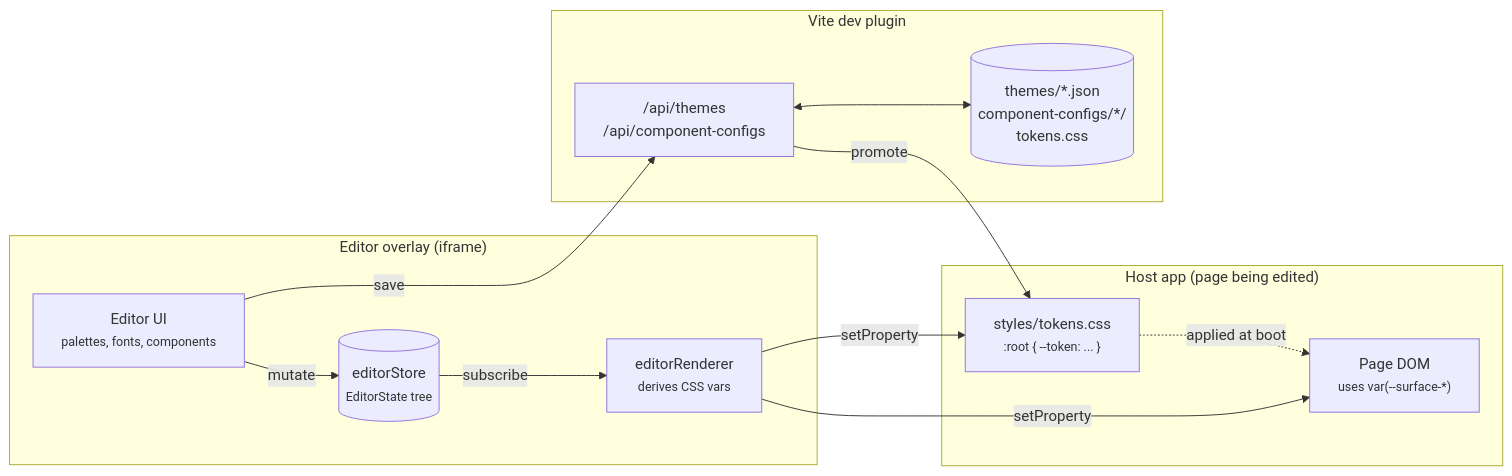
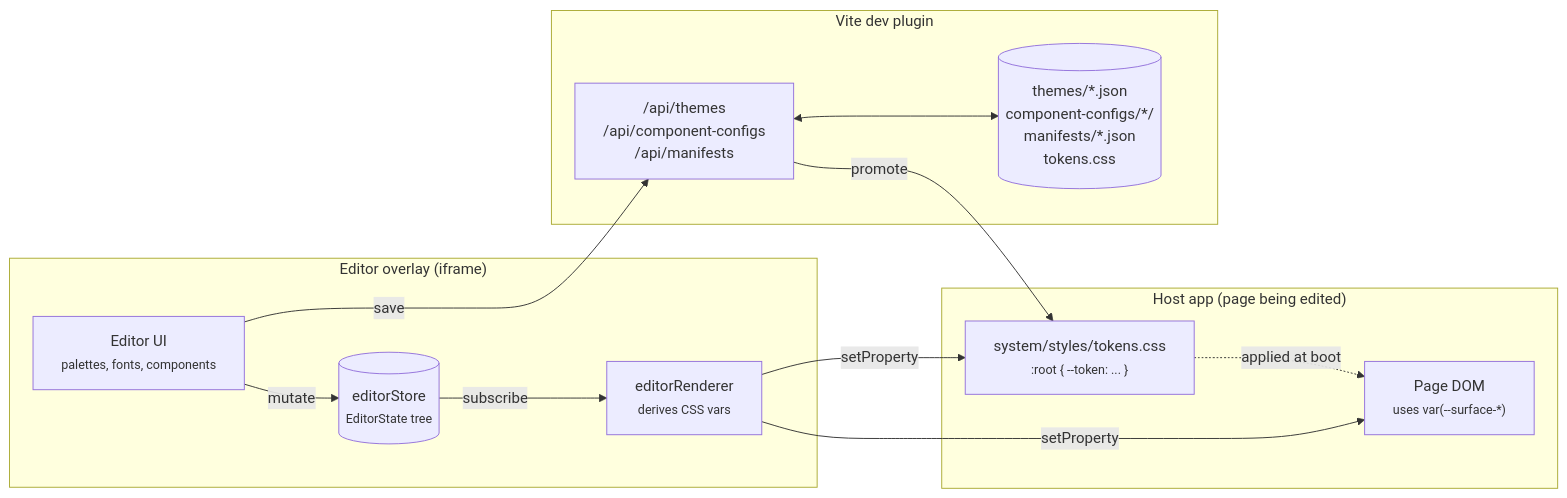
The diagram in docs/01-overview.md (motionproto/live-tokens), drawn with Mermaid before and after one commit. The commit also changed other lines of this file and 11 other files, not shown here.

````diff
--- a/docs/01-overview.md
+++ b/docs/01-overview.md
@@ -59,28 +60,28 @@
 ```mermaid
 flowchart LR
     subgraph App["Host app (page being edited)"]
         Page["Page DOM<br/><small>uses var(--surface-*)</small>"]
-        Tokens["styles/tokens.css<br/><small>:root { --token: ... }</small>"]
+        Tokens["system/styles/tokens.css<br/><small>:root { --token: ... }</small>"]
     end
 
     subgraph Editor["Editor overlay (iframe)"]
         EditorUI["Editor UI<br/><small>palettes, fonts, components</small>"]
         Store[("editorStore<br/><small>EditorState tree</small>")]
         Renderer["editorRenderer<br/><small>derives CSS vars</small>"]
     end
 
     subgraph Server["Vite dev plugin"]
-        API["/api/themes<br/>/api/component-configs"]
-        FS[("themes/*.json<br/>component-configs/*/<br/>tokens.css")]
+        API["/api/themes<br/>/api/component-configs<br/>/api/manifests"]
+        FS[("themes/*.json<br/>component-configs/*/<br/>manifests/*.json<br/>tokens.css")]
     end
 
     Tokens -.applied at boot.-> Page
     EditorUI -- mutate --> Store
     Store -- subscribe --> Renderer
     Renderer -- setProperty --> Page
     Renderer -- setProperty --> Tokens
 
     EditorUI -- save --> API
     API <--> FS
     API -- promote --> Tokens
 ```
````
